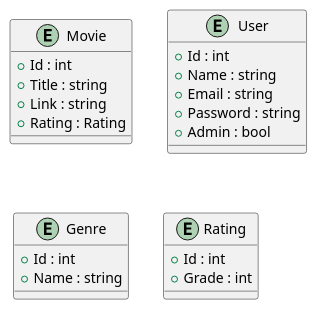
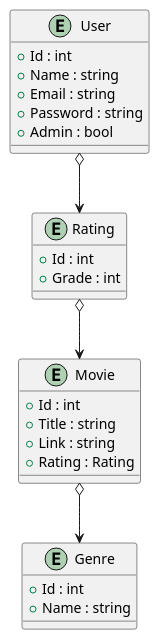
One commit to IlyaFreydkin/Triple-A changed the diagram in UML/model.puml. Above: the diagram before and after it, drawn with PlantUML.

```diff
--- a/UML/model.puml
+++ b/UML/model.puml
@@ -1,33 +1,41 @@
 @startuml "Model"
 
 
 entity Movie{
     +Id : int 
     + Title : string
     +Link : string
     + Rating : Rating
 }
 entity User{
 
     +Id : int
     +Name : string
     +Email : string
     +Password : string
     + Admin : bool
    
 }
 
+
+
+
 entity Genre{
 
 + Id : int
 + Name : string
 
 }
 
 entity Rating{
 + Id : int
 +Grade : int
 
+
+
 }
+User o--> Rating
+Rating o--> Movie
+Movie o--> Genre
 
 @enduml
```
